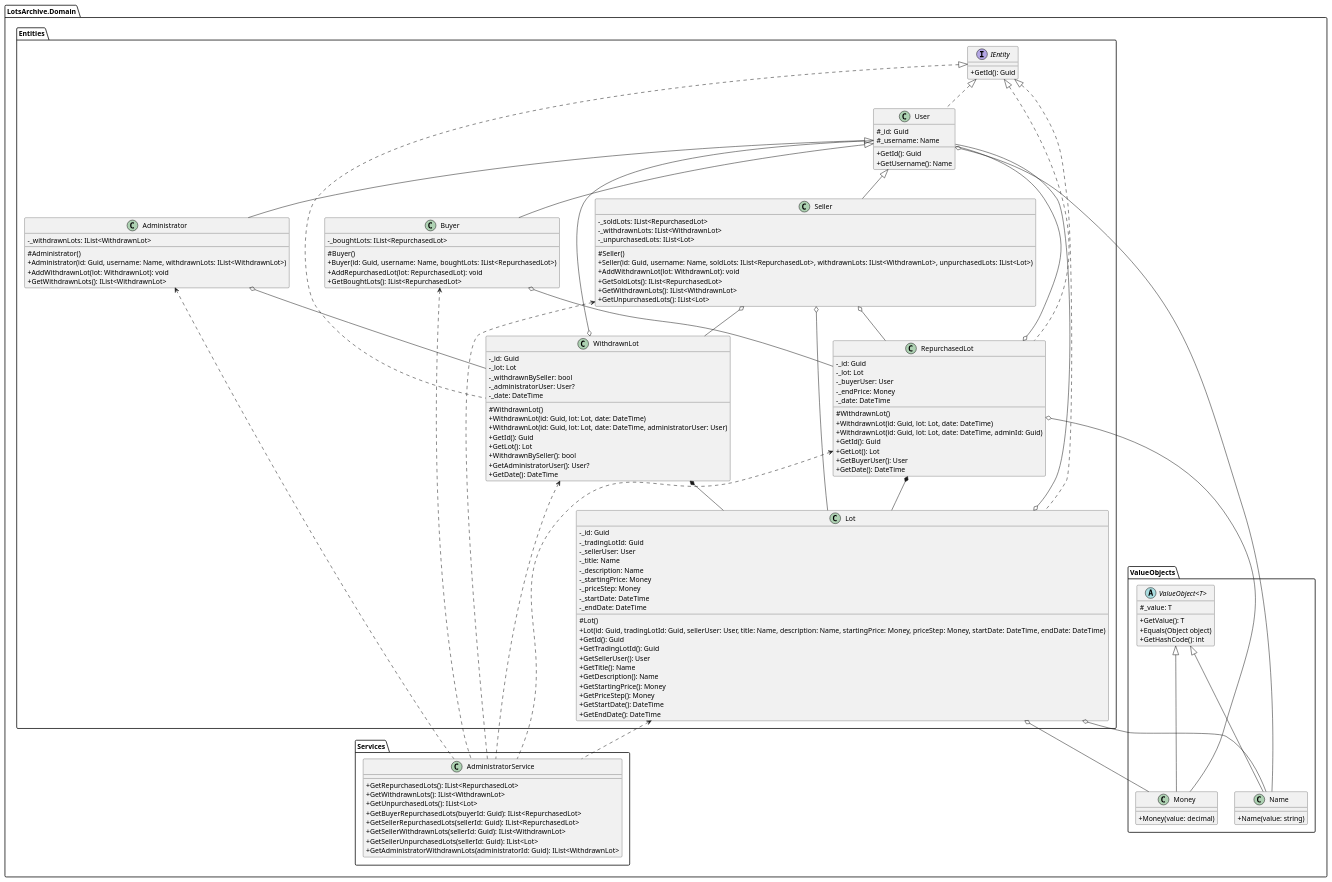
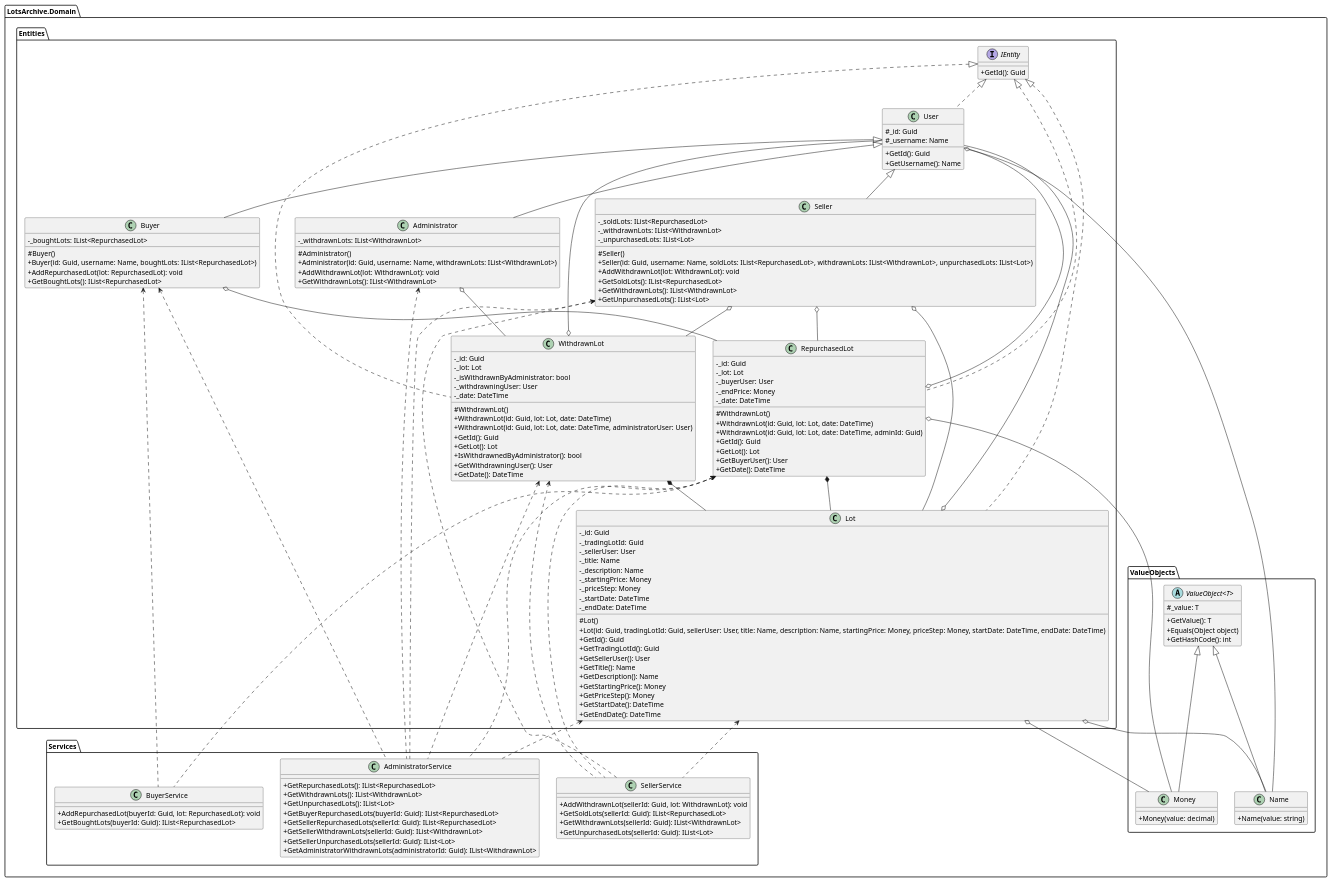
The diagram in Uml/ArchiveClasses.plantuml (IT-Siberians/LotsArchiveMicroservice), drawn with PlantUML before and after one commit. The commit also changed 3 other files, not shown here.

Commit message:
Fixed diagrams

```diff
--- a/Uml/ArchiveClasses.plantuml
+++ b/Uml/ArchiveClasses.plantuml
@@ -1,164 +1,184 @@
 @startuml test_name
 
 set namespaceSeparator ::
 
 skinparam classAttributeIconSize 0
 skinparam genericDisplay old
 
 abstract class LotsArchive.Domain::ValueObjects::ValueObject<T> {
   # _value: T
   + GetValue(): T
   + Equals(Object object)
   + GetHashCode(): int
 }
 
 class LotsArchive.Domain::ValueObjects::Name {
   + Name(value: string)
 }
 
 class LotsArchive.Domain::ValueObjects::Money {
   + Money(value: decimal)
 }
 
 interface LotsArchive.Domain::Entities::IEntity {
   + GetId(): Guid
 }
 
 class LotsArchive.Domain::Entities::User {
   # _id: Guid
   # _username: Name
   + GetId(): Guid
   + GetUsername(): Name
 }
 
 class LotsArchive.Domain::Entities::Buyer {
   - _boughtLots: IList<RepurchasedLot>
   # Buyer()
   + Buyer(id: Guid, username: Name, boughtLots: IList<RepurchasedLot>)
   + AddRepurchasedLot(lot: RepurchasedLot): void
   + GetBoughtLots(): IList<RepurchasedLot>
 }
 
+class LotsArchive.Domain::Services::BuyerService {
+  + AddRepurchasedLot(buyerId: Guid, lot: RepurchasedLot): void
+  + GetBoughtLots(buyerId: Guid): IList<RepurchasedLot>
+}
+
 class LotsArchive.Domain::Entities::Seller {
   - _soldLots: IList<RepurchasedLot>
   - _withdrawnLots: IList<WithdrawnLot>
   - _unpurchasedLots: IList<Lot>
   # Seller()
   + Seller(id: Guid, username: Name, soldLots: IList<RepurchasedLot>, withdrawnLots: IList<WithdrawnLot>, unpurchasedLots: IList<Lot>)
   + AddWithdrawnLot(lot: WithdrawnLot): void
   + GetSoldLots(): IList<RepurchasedLot>
   + GetWithdrawnLots(): IList<WithdrawnLot>
   + GetUnpurchasedLots(): IList<Lot>
+}
+
+class LotsArchive.Domain::Services::SellerService {
+  + AddWithdrawnLot(sellerId: Guid, lot: WithdrawnLot): void
+  + GetSoldLots(sellerId: Guid): IList<RepurchasedLot>
+  + GetWithdrawnLots(sellerId: Guid): IList<WithdrawnLot>
+  + GetUnpurchasedLots(sellerId: Guid): IList<Lot>
 }
 
 class LotsArchive.Domain::Entities::Administrator {
   - _withdrawnLots: IList<WithdrawnLot>
   # Administrator()
   + Administrator(id: Guid, username: Name, withdrawnLots: IList<WithdrawnLot>)
   + AddWithdrawnLot(lot: WithdrawnLot): void
   + GetWithdrawnLots(): IList<WithdrawnLot>
 }
 
 class LotsArchive.Domain::Services::AdministratorService {
   + GetRepurchasedLots(): IList<RepurchasedLot>
   + GetWithdrawnLots(): IList<WithdrawnLot>
   + GetUnpurchasedLots(): IList<Lot>
   + GetBuyerRepurchasedLots(buyerId: Guid): IList<RepurchasedLot>
   + GetSellerRepurchasedLots(sellerId: Guid): IList<RepurchasedLot>
   + GetSellerWithdrawnLots(sellerId: Guid): IList<WithdrawnLot>
   + GetSellerUnpurchasedLots(sellerId: Guid): IList<Lot>
   + GetAdministratorWithdrawnLots(administratorId: Guid): IList<WithdrawnLot>
 }
 
 class LotsArchive.Domain::Entities::Lot {
   - _id: Guid
   - _tradingLotId: Guid
   - _sellerUser: User
   - _title: Name
   - _description: Name
   - _startingPrice: Money
   - _priceStep: Money
   - _startDate: DateTime
   - _endDate: DateTime
   # Lot()
   + Lot(id: Guid, tradingLotId: Guid, sellerUser: User, title: Name, description: Name, startingPrice: Money, priceStep: Money, startDate: DateTime, endDate: DateTime)
   + GetId(): Guid
   + GetTradingLotId(): Guid
   + GetSellerUser(): User
   + GetTitle(): Name
   + GetDescription(): Name
   + GetStartingPrice(): Money
   + GetPriceStep(): Money
   + GetStartDate(): DateTime
   + GetEndDate(): DateTime
 }
 
 class LotsArchive.Domain::Entities::WithdrawnLot {
   - _id: Guid
   - _lot: Lot
-  - _withdrawnBySeller: bool
-  - _administratorUser: User?
+  - _isWithdrawnByAdministrator: bool
+  - _withdrawningUser: User
   - _date: DateTime
   # WithdrawnLot()
   + WithdrawnLot(id: Guid, lot: Lot, date: DateTime)
   + WithdrawnLot(id: Guid, lot: Lot, date: DateTime, administratorUser: User)
   + GetId(): Guid
   + GetLot(): Lot
-  + WithdrawnBySeller(): bool
-  + GetAdministratorUser(): User?
+  + IsWithdrawnedByAdministrator(): bool
+  + GetWithdrawningUser(): User
   + GetDate(): DateTime
 }
 
 class LotsArchive.Domain::Entities::RepurchasedLot {
   - _id: Guid
   - _lot: Lot
   - _buyerUser: User
   - _endPrice: Money
   - _date: DateTime
   # WithdrawnLot()
   + WithdrawnLot(id: Guid, lot: Lot, date: DateTime)
   + WithdrawnLot(id: Guid, lot: Lot, date: DateTime, adminId: Guid)
   + GetId(): Guid
   + GetLot(): Lot
   + GetBuyerUser(): User
   + GetDate(): DateTime
 }
 
 LotsArchive.Domain::Entities::IEntity <|.. LotsArchive.Domain::Entities::User
 LotsArchive.Domain::Entities::IEntity <|.. LotsArchive.Domain::Entities::Lot
 LotsArchive.Domain::Entities::IEntity <|.. LotsArchive.Domain::Entities::WithdrawnLot
 LotsArchive.Domain::Entities::IEntity <|.. LotsArchive.Domain::Entities::RepurchasedLot
 
 LotsArchive.Domain::Entities::User <|-- LotsArchive.Domain::Entities::Buyer
 LotsArchive.Domain::Entities::User <|-- LotsArchive.Domain::Entities::Seller
 LotsArchive.Domain::Entities::User <|-- LotsArchive.Domain::Entities::Administrator
 
 LotsArchive.Domain::ValueObjects::ValueObject <|-- LotsArchive.Domain::ValueObjects::Name
 LotsArchive.Domain::ValueObjects::ValueObject <|-- LotsArchive.Domain::ValueObjects::Money
 
 LotsArchive.Domain::Entities::User o-- LotsArchive.Domain::ValueObjects::Name
 LotsArchive.Domain::Entities::Lot o-- LotsArchive.Domain::ValueObjects::Name
 LotsArchive.Domain::Entities::Lot o-- LotsArchive.Domain::ValueObjects::Money
 LotsArchive.Domain::Entities::RepurchasedLot o-- LotsArchive.Domain::ValueObjects::Money
 
 LotsArchive.Domain::Entities::Lot o-- LotsArchive.Domain::Entities::User
 LotsArchive.Domain::Entities::WithdrawnLot o-- LotsArchive.Domain::Entities::User
 LotsArchive.Domain::Entities::RepurchasedLot o-- LotsArchive.Domain::Entities::User
 
 LotsArchive.Domain::Entities::Buyer o-- LotsArchive.Domain::Entities::RepurchasedLot
 LotsArchive.Domain::Entities::Seller o-- LotsArchive.Domain::Entities::RepurchasedLot
 LotsArchive.Domain::Entities::Seller o-- LotsArchive.Domain::Entities::Lot
 LotsArchive.Domain::Entities::Seller o-- LotsArchive.Domain::Entities::WithdrawnLot
 LotsArchive.Domain::Entities::Administrator o-- LotsArchive.Domain::Entities::WithdrawnLot
 
 LotsArchive.Domain::Entities::WithdrawnLot *-- LotsArchive.Domain::Entities::Lot
 LotsArchive.Domain::Entities::RepurchasedLot *-- LotsArchive.Domain::Entities::Lot
 
 LotsArchive.Domain::Entities::Buyer <.. LotsArchive.Domain::Services::AdministratorService
 LotsArchive.Domain::Entities::Seller <.. LotsArchive.Domain::Services::AdministratorService
 LotsArchive.Domain::Entities::Administrator <.. LotsArchive.Domain::Services::AdministratorService
 LotsArchive.Domain::Entities::Lot <.. LotsArchive.Domain::Services::AdministratorService
 LotsArchive.Domain::Entities::WithdrawnLot <.. LotsArchive.Domain::Services::AdministratorService
 LotsArchive.Domain::Entities::RepurchasedLot <.. LotsArchive.Domain::Services::AdministratorService
 
+LotsArchive.Domain::Entities::Buyer <.. LotsArchive.Domain::Services::BuyerService
+LotsArchive.Domain::Entities::RepurchasedLot <.. LotsArchive.Domain::Services::BuyerService
+
+LotsArchive.Domain::Entities::Seller <.. LotsArchive.Domain::Services::SellerService
+LotsArchive.Domain::Entities::Lot <.. LotsArchive.Domain::Services::SellerService
+LotsArchive.Domain::Entities::WithdrawnLot <.. LotsArchive.Domain::Services::SellerService
+LotsArchive.Domain::Entities::RepurchasedLot <.. LotsArchive.Domain::Services::SellerService
+
 @enduml
```
